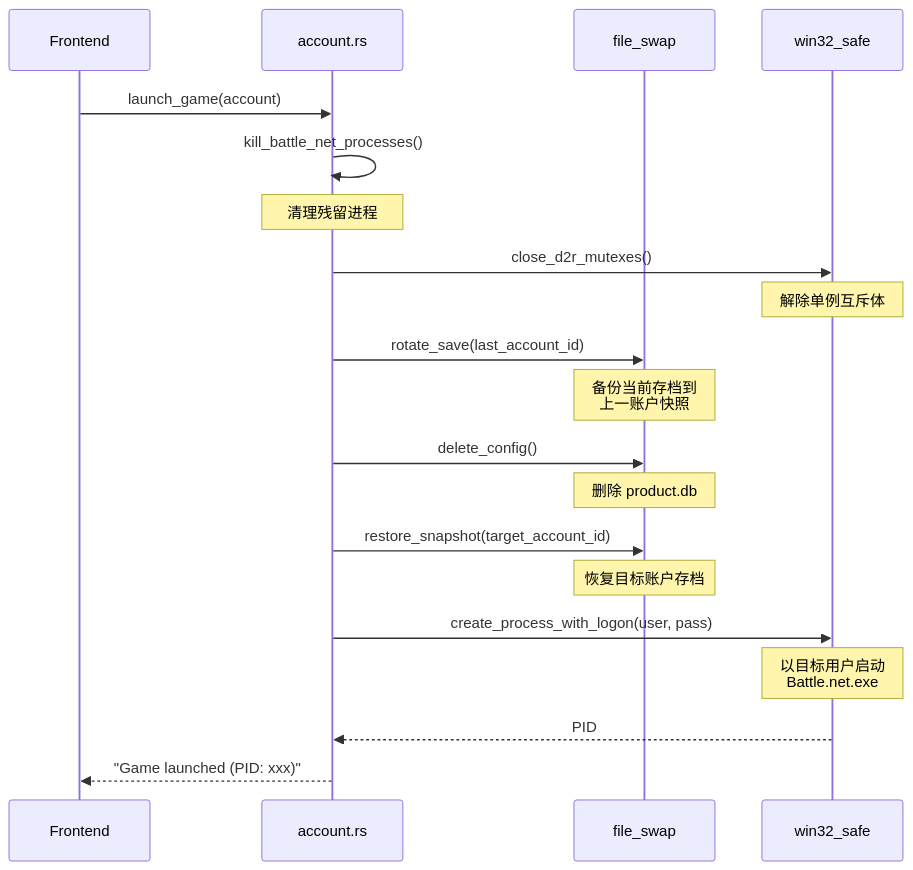
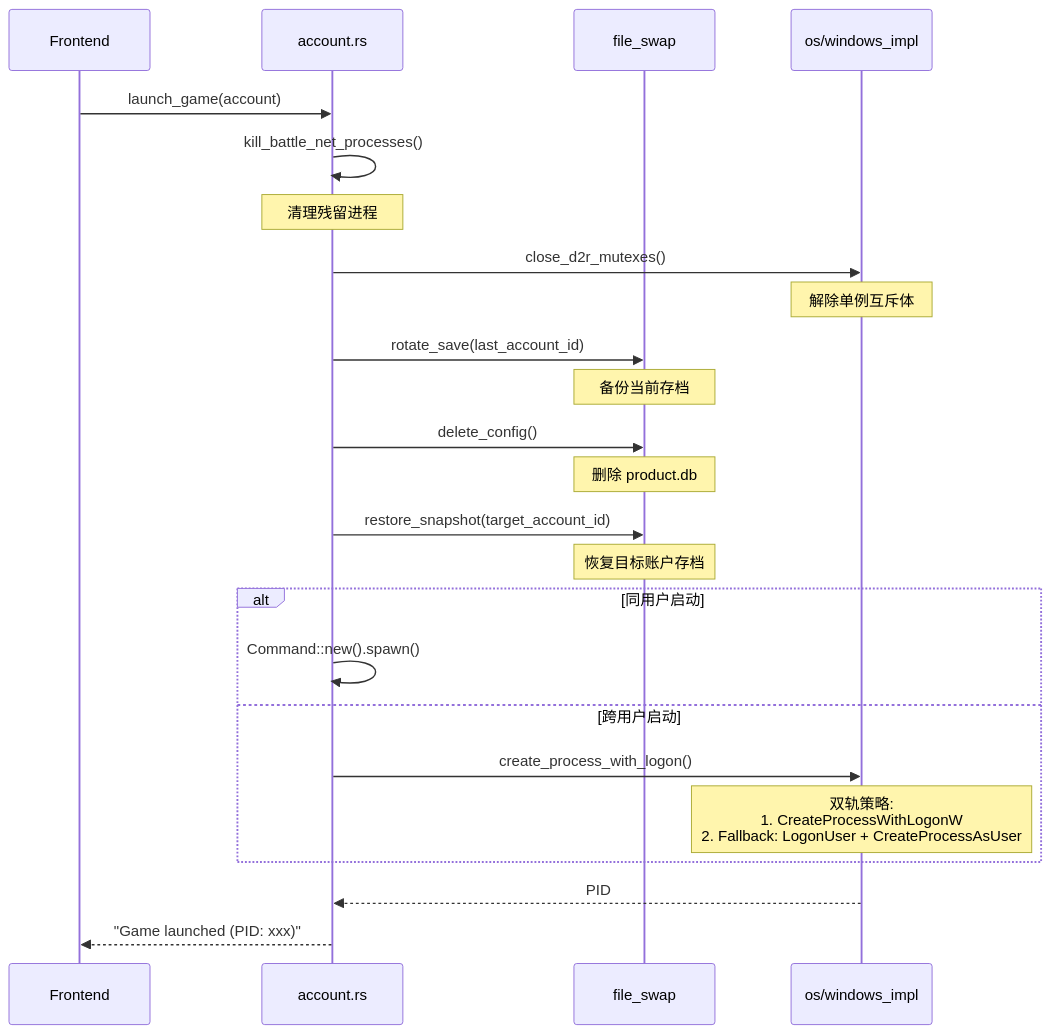
One commit to yoyoset/D2R_Multi_rust changed the diagram in doc/TECHNICAL_SPEC.md. Above: the diagram before and after it, drawn with Mermaid. The commit also changed other lines of this file and 120 other files, not shown here.

````diff
--- a/doc/TECHNICAL_SPEC.md
+++ b/doc/TECHNICAL_SPEC.md
@@ -43,30 +50,34 @@
 ```mermaid
 sequenceDiagram
     participant UI as Frontend
     participant Rust as account.rs
     participant Swap as file_swap
-    participant W32 as win32_safe
-    
+    participant OS as os/windows_impl
+
     UI->>Rust: launch_game(account)
-    
+
     Rust->>Rust: kill_battle_net_processes()
     Note over Rust: 清理残留进程
-    
-    Rust->>W32: close_d2r_mutexes()
-    Note over W32: 解除单例互斥体
-    
+
+    Rust->>OS: close_d2r_mutexes()
+    Note over OS: 解除单例互斥体
+
     Rust->>Swap: rotate_save(last_account_id)
-    Note over Swap: 备份当前存档到<br/>上一账户快照
-    
+    Note over Swap: 备份当前存档
+
     Rust->>Swap: delete_config()
     Note over Swap: 删除 product.db
-    
+
     Rust->>Swap: restore_snapshot(target_account_id)
     Note over Swap: 恢复目标账户存档
-    
-    Rust->>W32: create_process_with_logon(user, pass)
-    Note over W32: 以目标用户启动<br/>Battle.net.exe
-    
-    W32-->>Rust: PID
+
+    alt 同用户启动
+        Rust->>Rust: Command::new().spawn()
+    else 跨用户启动
+        Rust->>OS: create_process_with_logon()
+        Note over OS: 双轨策略:<br/>1. CreateProcessWithLogonW<br/>2. Fallback: LogonUser + CreateProcessAsUser
+    end
+
+    OS-->>Rust: PID
     Rust-->>UI: "Game launched (PID: xxx)"
 ```
````
